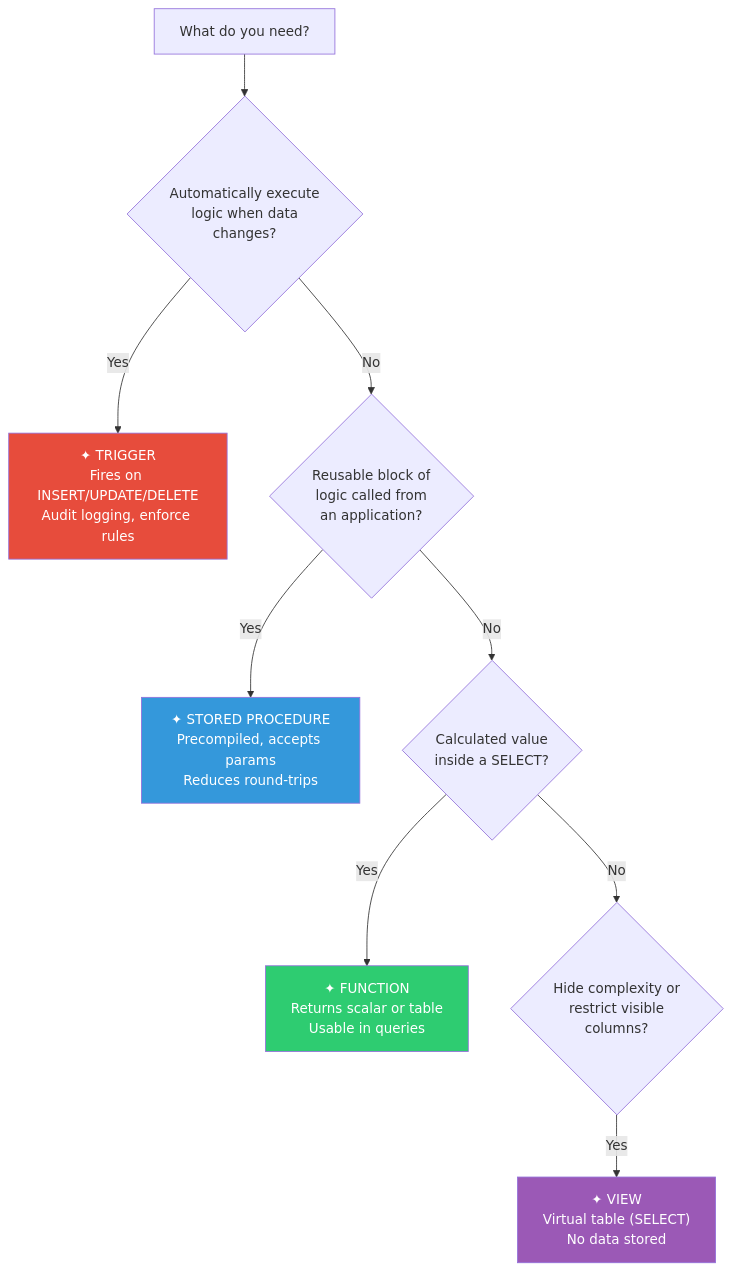
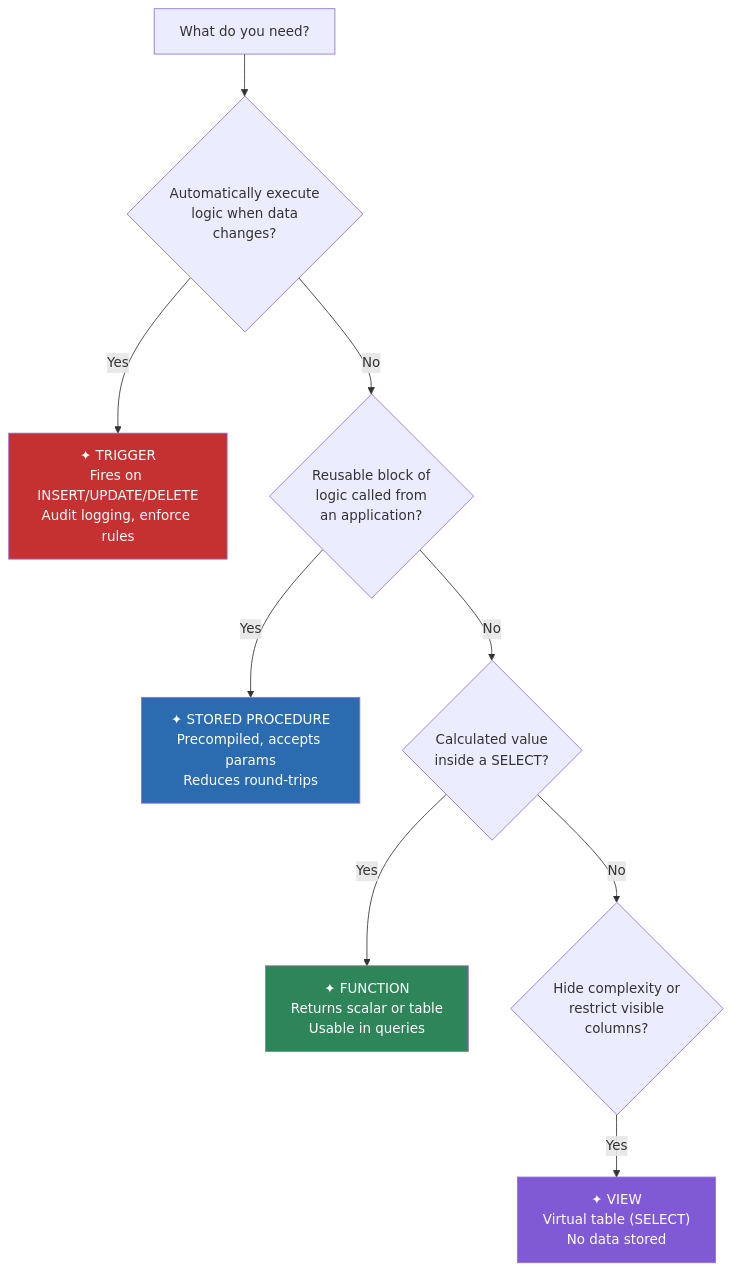
Before and after one commit to George-API/CompTIA_DataSys_Study_Guide: the eighth of 39 diagrams in 07-Visual-Study-Diagrams.md, drawn with Mermaid. The commit also changed other lines of this file, not shown here.

Commit message:
Improvements to visual study mermaid diagrams

````diff
--- a/07-Visual-Study-Diagrams.md
+++ b/07-Visual-Study-Diagrams.md
@@ -160,19 +160,19 @@
 ```mermaid
 flowchart TD
-    Q["What do you need?"] --> Q1{"Automatically execute\nlogic when data\nchanges?"}
-    Q1 -->|Yes| TRIG["✦ TRIGGER\nFires on INSERT/UPDATE/DELETE\nAudit logging, enforce rules"]
+    Q["What do you need?"] --> Q1{"Automatically execute<br/>logic when data<br/>changes?"}
+    Q1 -->|Yes| TRIG["✦ TRIGGER<br/>Fires on INSERT/UPDATE/DELETE<br/>Audit logging, enforce rules"]
 
-    Q1 -->|No| Q2{"Reusable block of\nlogic called from\nan application?"}
-    Q2 -->|Yes| SP["✦ STORED PROCEDURE\nPrecompiled, accepts params\nReduces round-trips"]
+    Q1 -->|No| Q2{"Reusable block of<br/>logic called from<br/>an application?"}
+    Q2 -->|Yes| SP["✦ STORED PROCEDURE<br/>Precompiled, accepts params<br/>Reduces round-trips"]
 
-    Q2 -->|No| Q3{"Calculated value\ninside a SELECT?"}
-    Q3 -->|Yes| FN["✦ FUNCTION\nReturns scalar or table\nUsable in queries"]
+    Q2 -->|No| Q3{"Calculated value<br/>inside a SELECT?"}
+    Q3 -->|Yes| FN["✦ FUNCTION<br/>Returns scalar or table<br/>Usable in queries"]
 
-    Q3 -->|No| Q4{"Hide complexity or\nrestrict visible\ncolumns?"}
-    Q4 -->|Yes| VW["✦ VIEW\nVirtual table (SELECT)\nNo data stored"]
+    Q3 -->|No| Q4{"Hide complexity or<br/>restrict visible<br/>columns?"}
+    Q4 -->|Yes| VW["✦ VIEW<br/>Virtual table (SELECT)<br/>No data stored"]
 
-    style TRIG fill:#e74c3c,color:#fff
-    style SP fill:#3498db,color:#fff
-    style FN fill:#2ecc71,color:#fff
-    style VW fill:#9b59b6,color:#fff
+    style TRIG fill:#C53030,color:#fff
+    style SP fill:#2B6CB0,color:#fff
+    style FN fill:#2F855A,color:#fff
+    style VW fill:#805AD5,color:#fff
 ```
````
